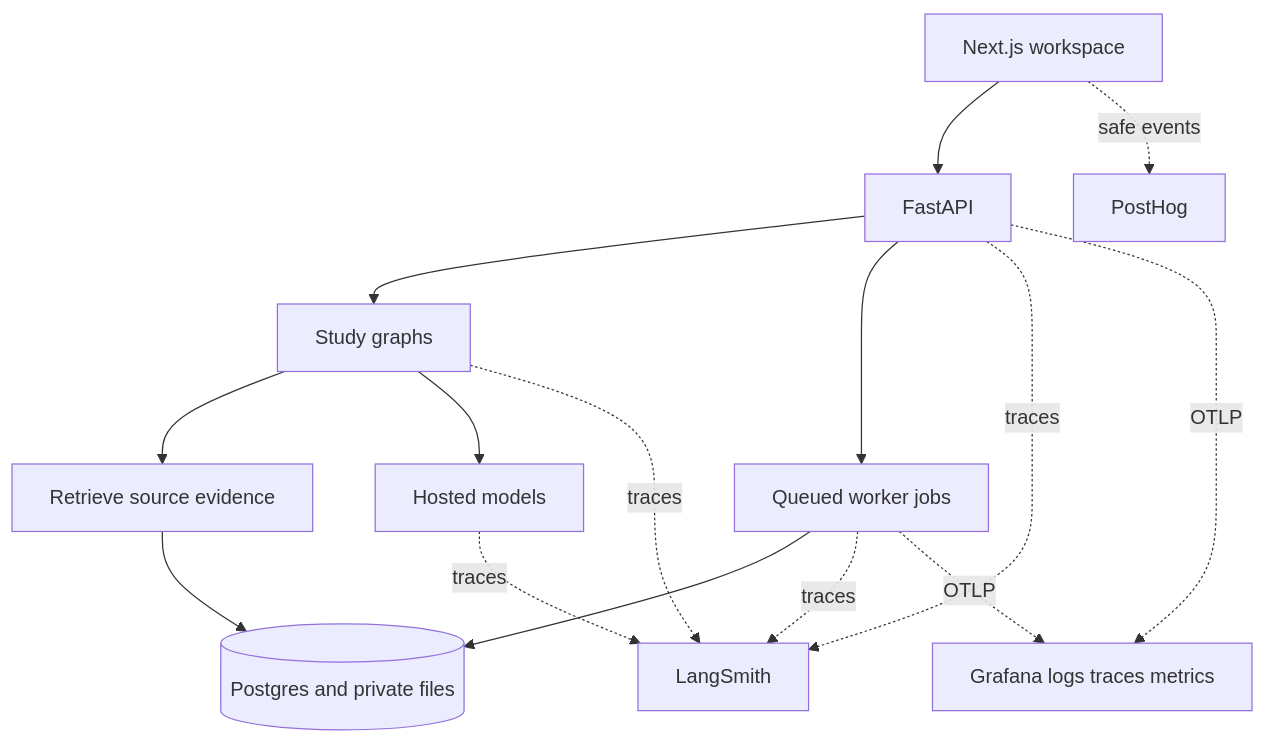
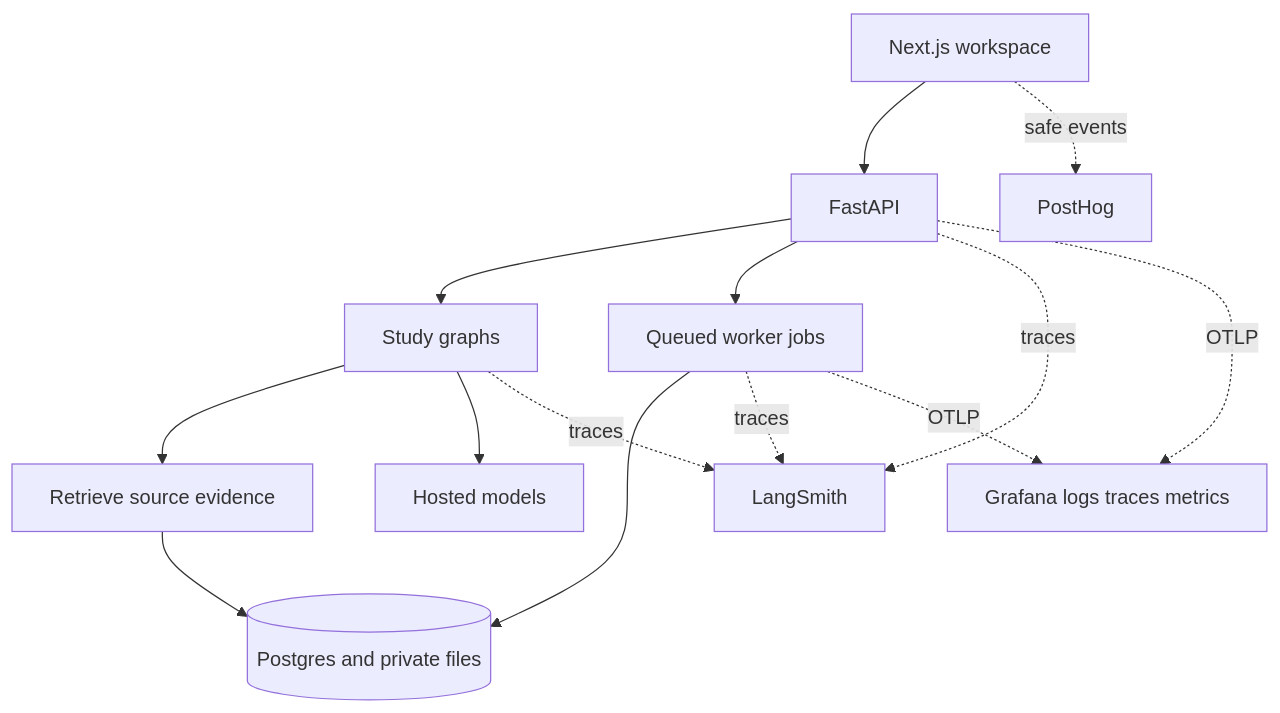
One commit to rabhishek100/agentic_study_partner changed the diagram in README.md. Above: the diagram before and after it, drawn with Mermaid. The commit also changed other lines of this file and 1 other file, not shown here.

````diff
--- a/README.md
+++ b/README.md
@@ -25,17 +25,16 @@
 ```mermaid
 flowchart TD
     UI[Next.js workspace] --> API[FastAPI]
     API --> G[Study graphs]
     API --> W[Queued worker jobs]
     W --> D[(Postgres and private files)]
     G --> R[Retrieve source evidence]
     R --> D
     G --> M[Hosted models]
     G -. traces .-> L[LangSmith]
     API -. traces .-> L
     W -. traces .-> L
-    M -. traces .-> L
     API -. OTLP .-> O[Grafana logs traces metrics]
     W -. OTLP .-> O
     UI -. safe events .-> P[PostHog]
 ```
````
